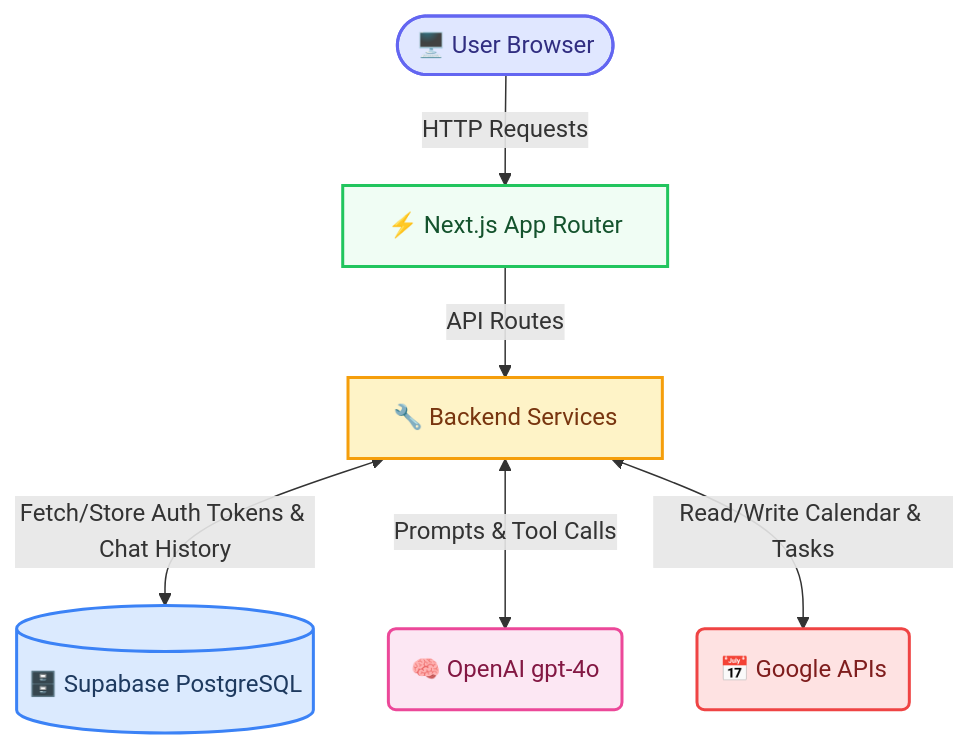
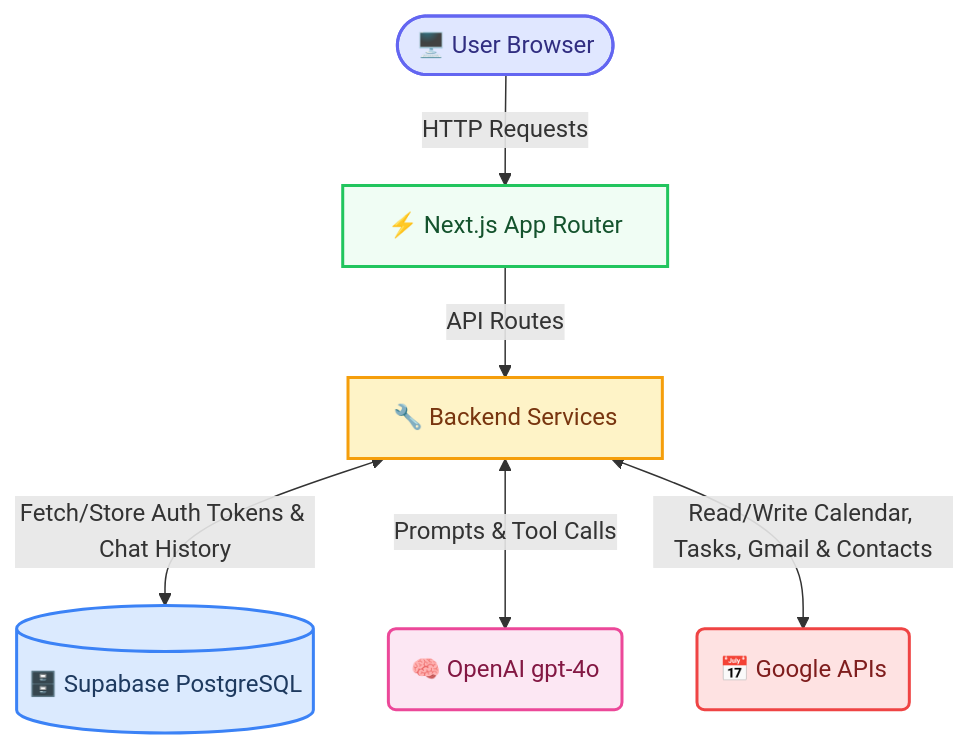
Before and after one commit to RagavRida/personal-assistant: the diagram in README.md, drawn with Mermaid. The commit also changed other lines of this file and 10 other files, not shown here.

First line of the commit message:
feat: add Gmail and Google Contacts integrations

````diff
--- a/README.md
+++ b/README.md
@@ -25,16 +27,16 @@
 ```mermaid
 graph TD
     Client(["🖥️ User Browser"]):::client -->|HTTP Requests| NextJS["⚡ Next.js App Router"]:::nextjs
     NextJS -->|API Routes| Backend["🔧 Backend Services"]:::backend
 
     Backend <-->|"Fetch/Store Auth Tokens & Chat History"| Supabase[("🗄️ Supabase PostgreSQL")]:::supabase
     Backend <-->|"Prompts & Tool Calls"| OpenAI("🧠 OpenAI gpt-4o"):::openai
-    Backend <-->|"Read/Write Calendar & Tasks"| Google("📅 Google APIs"):::google
+    Backend <-->|"Read/Write Calendar, Tasks, Gmail & Contacts"| Google("📅 Google APIs"):::google
 
     classDef client fill:#e0e7ff,stroke:#6366f1,stroke-width:2px,color:#312e81
     classDef nextjs fill:#f0fdf4,stroke:#22c55e,stroke-width:2px,color:#14532d
     classDef backend fill:#fef3c7,stroke:#f59e0b,stroke-width:2px,color:#78350f
     classDef supabase fill:#dbeafe,stroke:#3b82f6,stroke-width:2px,color:#1e3a5f
     classDef openai fill:#fce7f3,stroke:#ec4899,stroke-width:2px,color:#831843
     classDef google fill:#fee2e2,stroke:#ef4444,stroke-width:2px,color:#7f1d1d
 ```
````
